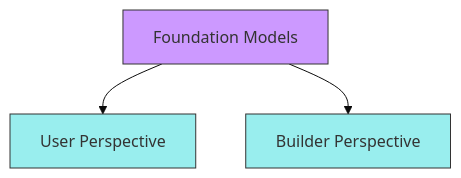
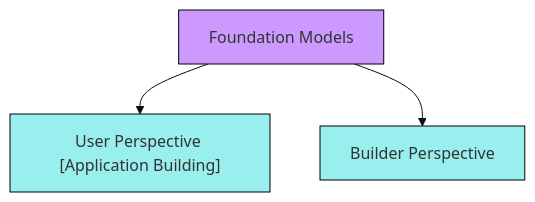
The second of 2 diagrams in README.md (Saha-7/Generative-AI-using-LangChain-CampusX), drawn with Mermaid (base theme) before and after one commit. The commit also changed other lines of this file, not shown here.

````diff
--- a/README.md
+++ b/README.md
@@ -33,9 +33,9 @@
 ```mermaid
 flowchart TD
-    A["Foundation Models"] --> B["User Perspective"]
+    A["Foundation Models"] --> B["User Perspective [Application Building]"]
     A --> C["Builder Perspective"]
 
-    style A fill:#c9f,stroke:#333,stroke-width:1px
-    style B fill:#9ee,stroke:#333,stroke-width:1px
-    style C fill:#9ee,stroke:#333,stroke-width:1px
+    style A fill:#c9f,stroke:#000,stroke-width:1px
+    style B fill:#9ee,stroke:#000,stroke-width:1px
+    style C fill:#9ee,stroke:#000,stroke-width:1px
 ```
````
